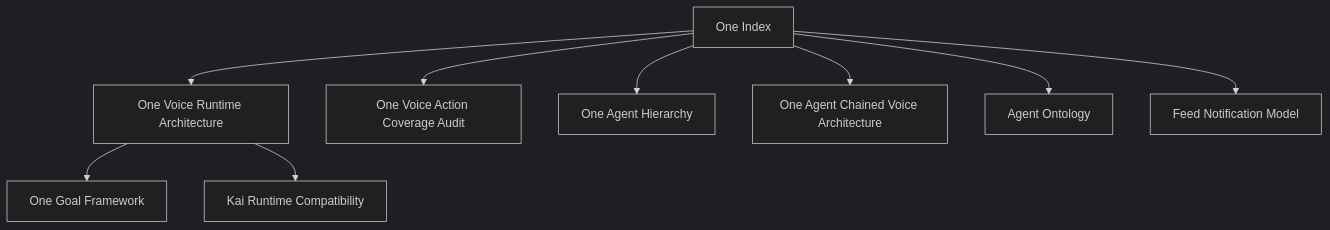
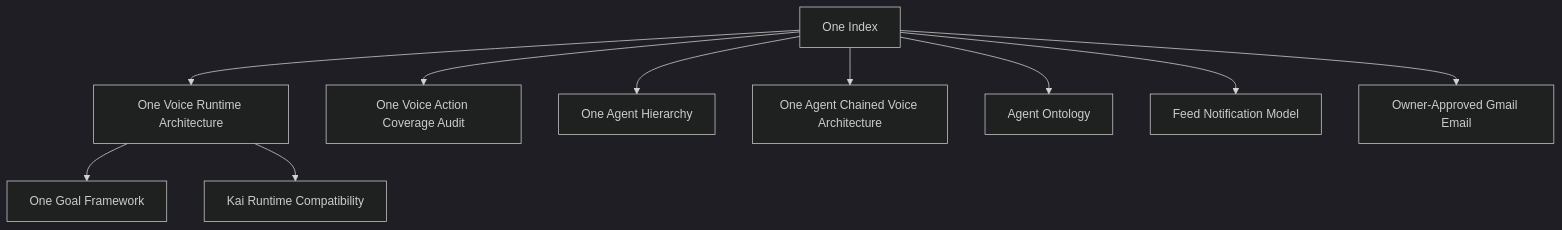
The diagram in docs/reference/one/README.md (hushh-labs/hushh-research), drawn with Mermaid (dark theme) before and after one commit. The commit also changed other lines of this file and 65 other files, not shown here.

Commit message:
feat: add owner-approved Gmail email agent

````diff
--- a/docs/reference/one/README.md
+++ b/docs/reference/one/README.md
@@ -5,21 +5,23 @@
 ```mermaid
 flowchart TD
   root["One Index"]
   voice["One Voice Runtime Architecture"]
   goal["One Goal Framework"]
   coverage["One Voice Action Coverage Audit"]
   hierarchy["One Agent Hierarchy"]
   chain["One Agent Chained Voice Architecture"]
   kai["Kai Runtime Compatibility"]
   ontology["Agent Ontology"]
   feed["Feed Notification Model"]
+  gmail["Owner-Approved Gmail Email"]
 
   root --> voice
   voice --> goal
   root --> coverage
   root --> hierarchy
   root --> chain
   voice --> kai
   root --> ontology
   root --> feed
+  root --> gmail
 ```
````
